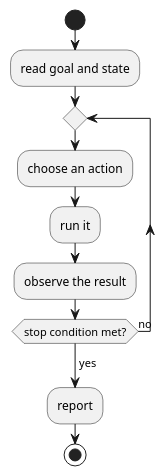
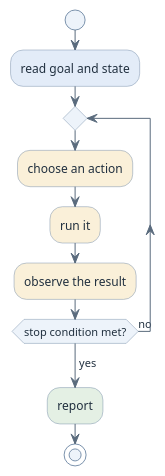
One commit to htl-leonding-college/curriculum-syp3 changed the diagram in modules/ai-agentic-loops/questions.adoc. Above: the diagram before and after it, drawn with PlantUML. The commit also changed 65 other files, not shown here.

First line of the commit message:
feat(site): give the diagrams a semantic pastel palette

```diff
--- a/modules/ai-agentic-loops/questions.adoc
+++ b/modules/ai-agentic-loops/questions.adoc
@@ -23,17 +23,26 @@
 [plantuml,q-agentic-loop,svg]
 ----
 @startuml
-skinparam monochrome true
+<style>
+element { BackgroundColor #EDF3FA; LineColor #7C93AD; FontColor #21303F }
+arrow { LineColor #5A6B7D; FontColor #21303F }
+.key { BackgroundColor #E3ECF8 }
+.work { BackgroundColor #FAF0D9 }
+.ok { BackgroundColor #E4F0E4 }
+.bad { BackgroundColor #F8E5E5 }
+.aside { BackgroundColor #ECE6F7 }
+.muted { BackgroundColor #F0F2F5 }
+</style>
 skinparam shadowing false
 start
-:read goal and state;
+:read goal and state; <<key>>
 repeat
-  :choose an action;
-  :run it;
-  :observe the result;
+  :choose an action; <<work>>
+  :run it; <<work>>
+  :observe the result; <<work>>
 repeat while (stop condition met?) is (no)
 ->yes;
-:report;
+:report; <<ok>>
 stop
 @enduml
 ----
```
